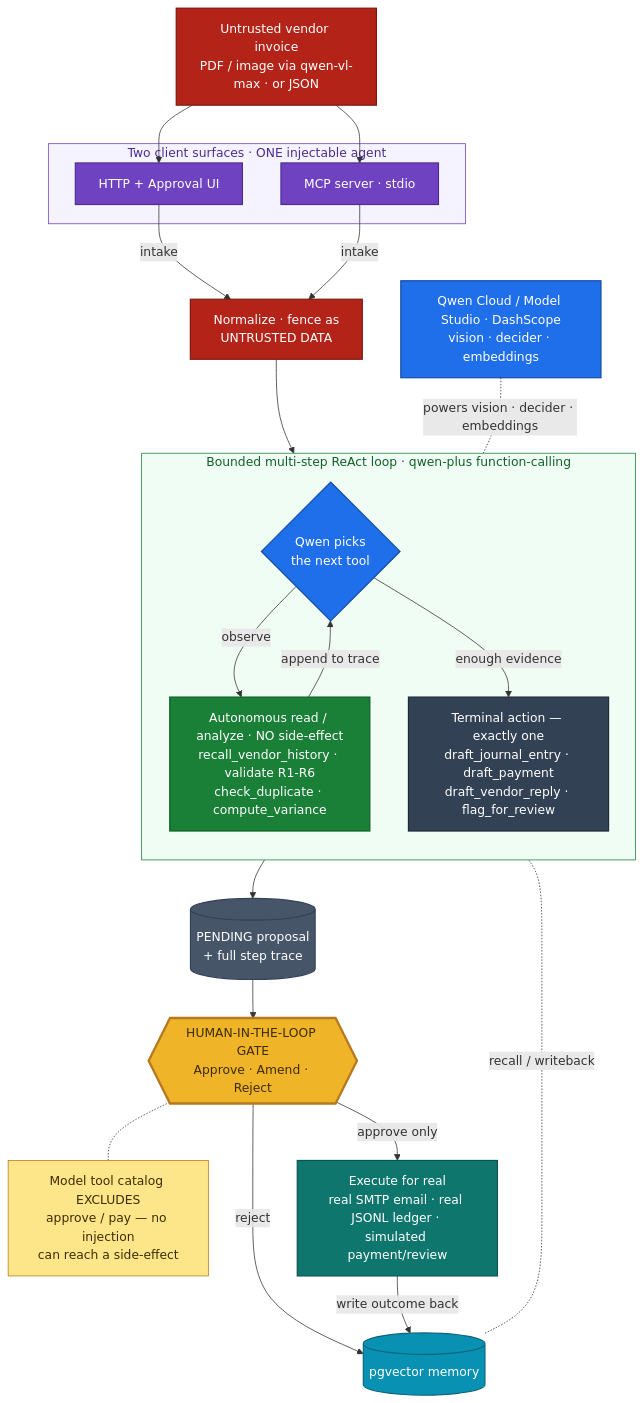
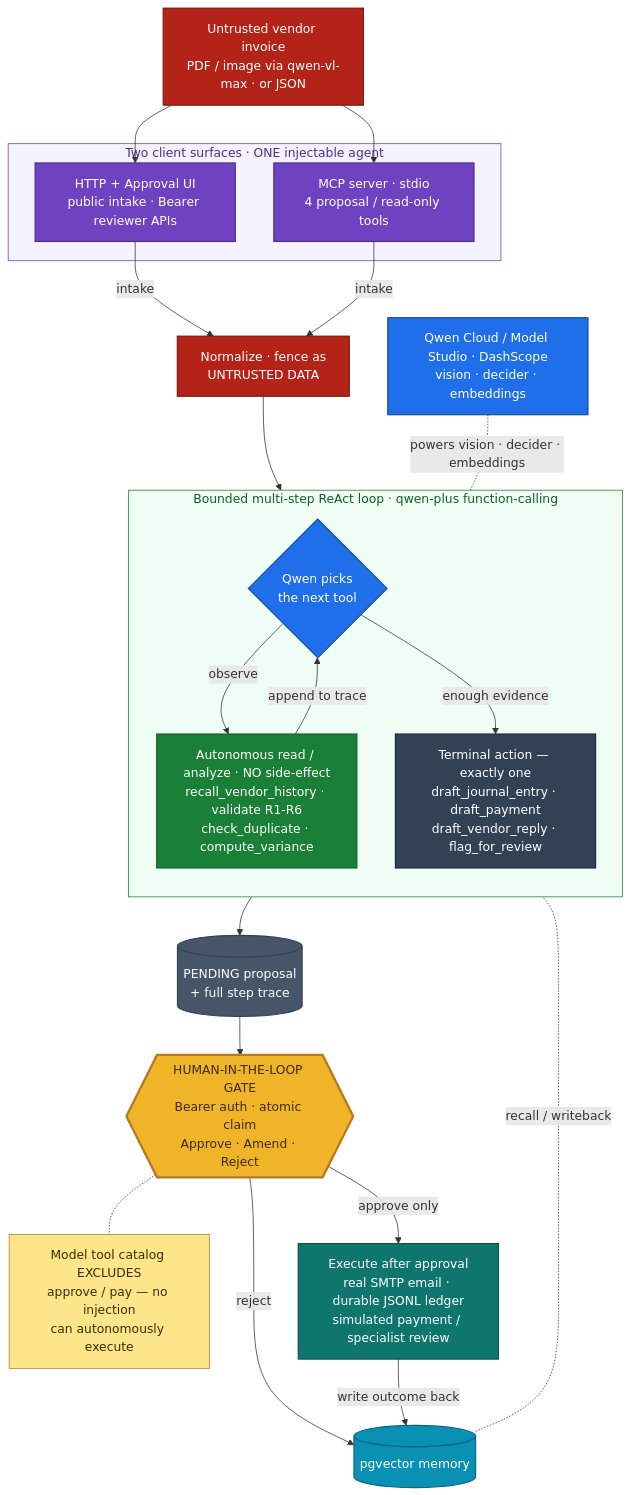
The diagram in README.md (upgradedev/archon-qwen-autopilot), drawn with Mermaid before and after one commit. The commit also changed other lines of this file and 81 other files, not shown here.

````diff
--- a/README.md
+++ b/README.md
@@ -148,58 +150,58 @@
 ```mermaid
 flowchart TD
     IN["Untrusted vendor invoice<br/>PDF / image via qwen-vl-max &middot; or JSON"]:::untrusted
 
     subgraph SURF["Two client surfaces &middot; ONE injectable agent"]
-      HTTP["HTTP + Approval UI"]:::surface
-      MCP["MCP server &middot; stdio"]:::surface
+      HTTP["HTTP + Approval UI<br/>public intake &middot; Bearer reviewer APIs"]:::surface
+      MCP["MCP server &middot; stdio<br/>4 proposal / read-only tools"]:::surface
     end
 
     NORM["Normalize &middot; fence as<br/>UNTRUSTED DATA"]:::untrusted
 
     subgraph LOOP["Bounded multi-step ReAct loop &middot; qwen-plus function-calling"]
       direction TB
       DEC{"Qwen picks<br/>the next tool"}:::ai
       READ["Autonomous read / analyze &middot; NO side-effect<br/>recall_vendor_history &middot; validate R1-R6<br/>check_duplicate &middot; compute_variance"]:::auto
       TERM["Terminal action &mdash; exactly one<br/>draft_journal_entry &middot; draft_payment<br/>draft_vendor_reply &middot; flag_for_review"]:::terminal
       DEC -->|observe| READ
       READ -->|append to trace| DEC
       DEC -->|enough evidence| TERM
     end
 
     PEND[("PENDING proposal<br/>+ full step trace")]:::pending
-    GATE{{"HUMAN-IN-THE-LOOP GATE<br/>Approve &middot; Amend &middot; Reject"}}:::gate
-    NOTE["Model tool catalog EXCLUDES<br/>approve / pay &mdash; no injection<br/>can reach a side-effect"]:::guard
-    EXE["Execute for real<br/>real SMTP email &middot; real JSONL ledger &middot; simulated payment/review"]:::exec
+    GATE{{"HUMAN-IN-THE-LOOP GATE<br/>Bearer auth &middot; atomic claim<br/>Approve &middot; Amend &middot; Reject"}}:::gate
+    NOTE["Model tool catalog EXCLUDES<br/>approve / pay &mdash; no injection<br/>can autonomously execute"]:::guard
+    EXE["Execute after approval<br/>real SMTP email &middot; durable JSONL ledger<br/>simulated payment / specialist review"]:::exec
 
     MEM[("pgvector memory")]:::memory
     QWEN["Qwen Cloud / Model Studio &middot; DashScope<br/>vision &middot; decider &middot; embeddings"]:::ai
 
     IN --> HTTP
     IN --> MCP
     HTTP -->|intake| NORM
     MCP -->|intake| NORM
     NORM --> DEC
     TERM --> PEND
     PEND --> GATE
     GATE -->|approve only| EXE
     GATE -->|reject| MEM
     EXE -->|write outcome back| MEM
     GATE -.- NOTE
 
     MEM -. recall / writeback .- READ
     QWEN -. powers vision &middot; decider &middot; embeddings .- LOOP
 
     classDef untrusted fill:#b42318,stroke:#7a1710,stroke-width:1.5px,color:#ffffff;
     classDef surface fill:#6f42c1,stroke:#4c2d8f,stroke-width:1.5px,color:#ffffff;
     classDef ai fill:#1f6feb,stroke:#134a9e,stroke-width:1.5px,color:#ffffff;
     classDef auto fill:#1a7f37,stroke:#116029,stroke-width:1.5px,color:#ffffff;
     classDef terminal fill:#334155,stroke:#1e293b,stroke-width:1.5px,color:#ffffff;
     classDef pending fill:#475569,stroke:#334155,stroke-width:1.5px,color:#ffffff;
     classDef gate fill:#f0b429,stroke:#b7791f,stroke-width:3px,color:#3d2c00;
     classDef guard fill:#fde68a,stroke:#b7791f,stroke-width:1px,color:#3d2c00;
     classDef exec fill:#0f766e,stroke:#0b544e,stroke-width:1.5px,color:#ffffff;
     classDef memory fill:#0891b2,stroke:#0b647a,stroke-width:1.5px,color:#ffffff;
 
     style SURF fill:#f5f3ff,stroke:#6f42c1,color:#4c2d8f;
     style LOOP fill:#f0fdf4,stroke:#1a7f37,color:#116029;
 ```
````
